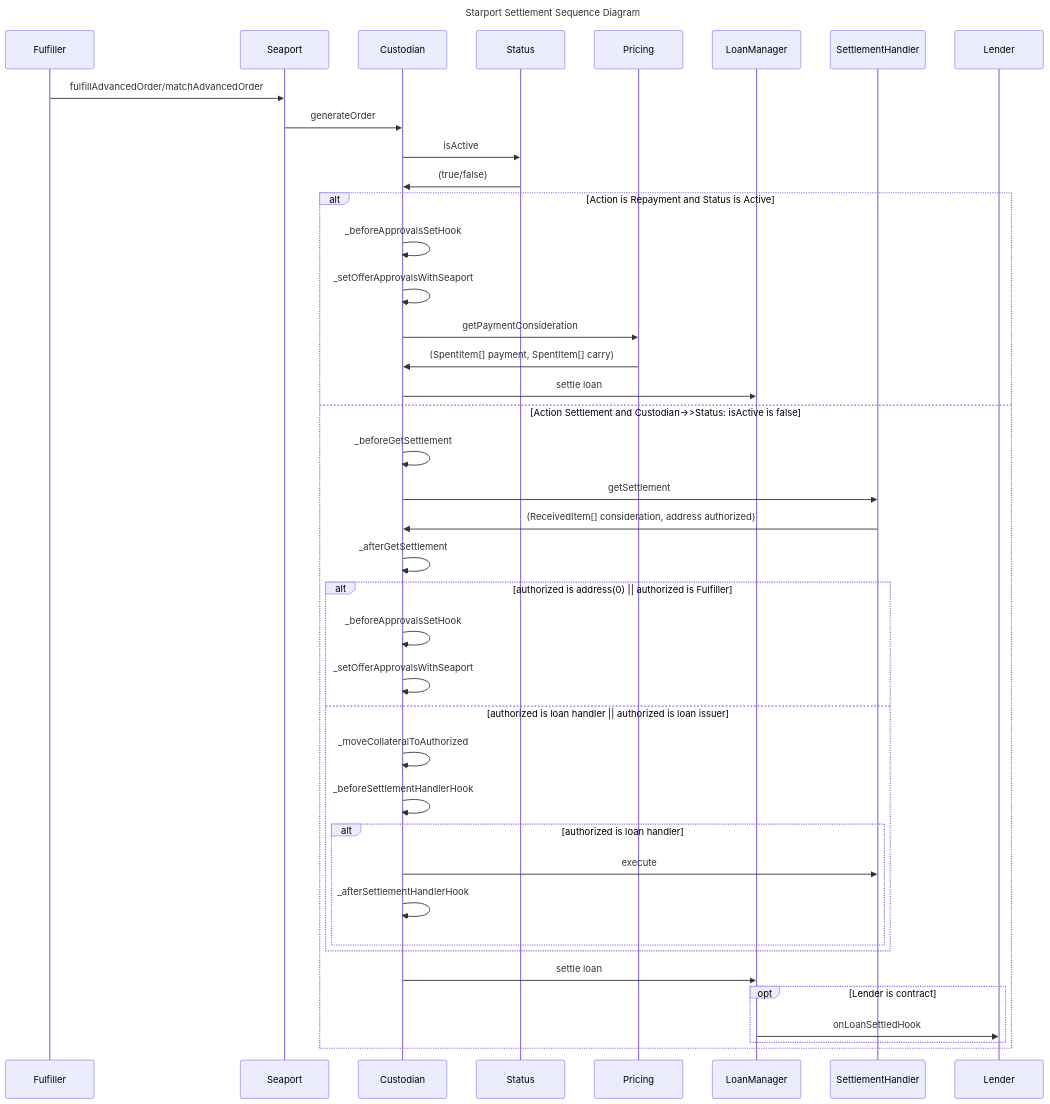
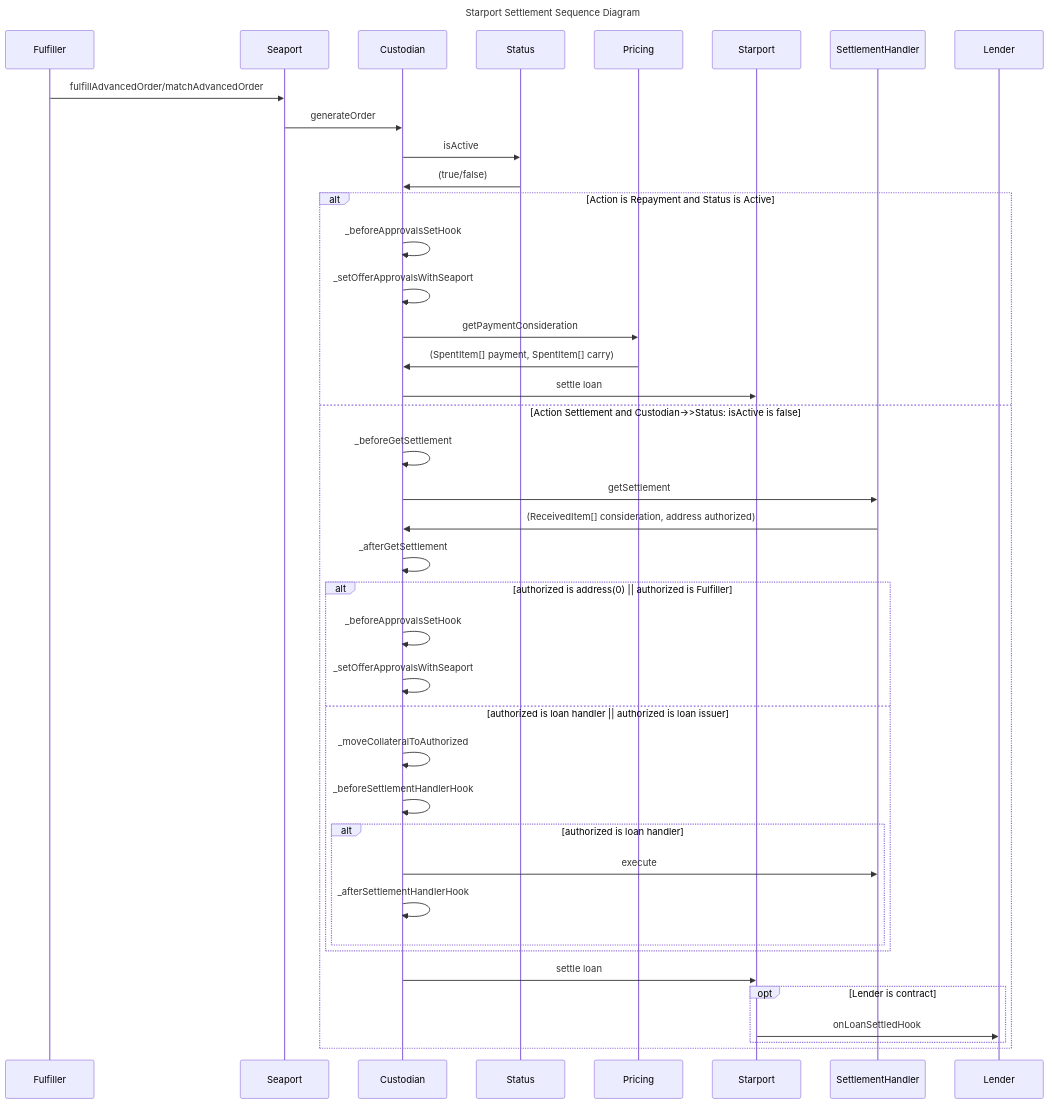
The diagram in docs/mermaid/settlement.mmd (AstariaXYZ/starport), drawn with Mermaid before and after one commit. The commit also changed 41 other files, not shown here.

```diff
--- a/docs/mermaid/settlement.mmd
+++ b/docs/mermaid/settlement.mmd
@@ -1,35 +1,35 @@
 sequenceDiagram
     title Starport Settlement Sequence Diagram
     participant F as Fulfiller
 
     F->>Seaport: fulfillAdvancedOrder/matchAdvancedOrder
     Seaport->>Custodian: generateOrder
     Custodian->>Status: isActive
     Status->>Custodian: (true/false)
     alt Action is Repayment and Status is Active
         Custodian->>Custodian: _beforeApprovalsSetHook
         Custodian->>Custodian: _setOfferApprovalsWithSeaport
         Custodian->>Pricing: getPaymentConsideration
         Pricing->>Custodian: (SpentItem[] payment, SpentItem[] carry)
-        Custodian->>LoanManager: settle loan
+        Custodian->>Starport: settle loan
     else Action Settlement and Custodian->>Status: isActive is false
         Custodian->>Custodian: _beforeGetSettlement
         Custodian->>SettlementHandler: getSettlement
         SettlementHandler->>Custodian: (ReceivedItem[] consideration, address authorized)
         Custodian->>Custodian: _afterGetSettlement
         alt authorized is address(0) || authorized is Fulfiller
             Custodian->>Custodian: _beforeApprovalsSetHook
             Custodian->>Custodian: _setOfferApprovalsWithSeaport
         else authorized is loan handler || authorized is loan issuer
             Custodian->>Custodian: _moveCollateralToAuthorized
             Custodian->>Custodian: _beforeSettlementHandlerHook
             alt authorized is loan handler
                 Custodian->>SettlementHandler: execute
                 Custodian->>Custodian: _afterSettlementHandlerHook
             end
         end
-        Custodian->>LoanManager: settle loan
+        Custodian->>Starport: settle loan
         opt Lender is contract
-            LoanManager->>Lender: onLoanSettledHook
+            Starport->>Lender: onLoanSettledHook
         end
     end
```
